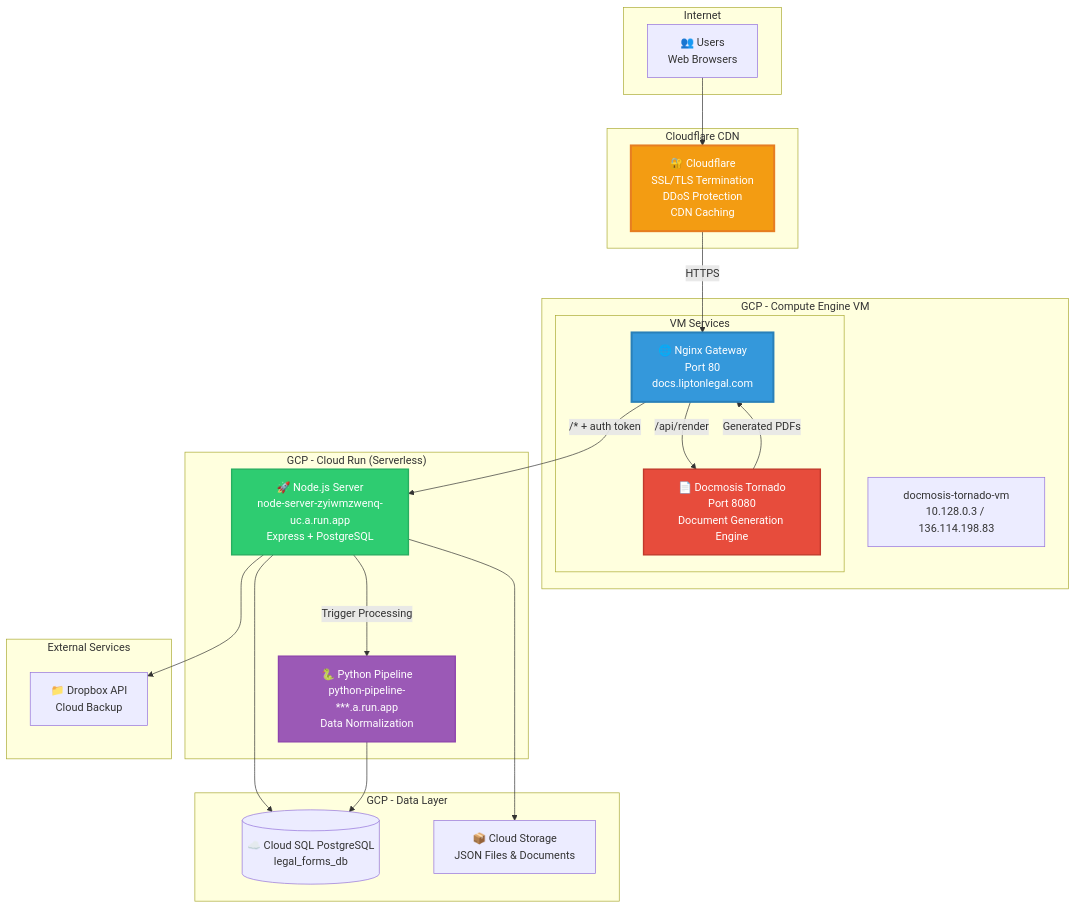
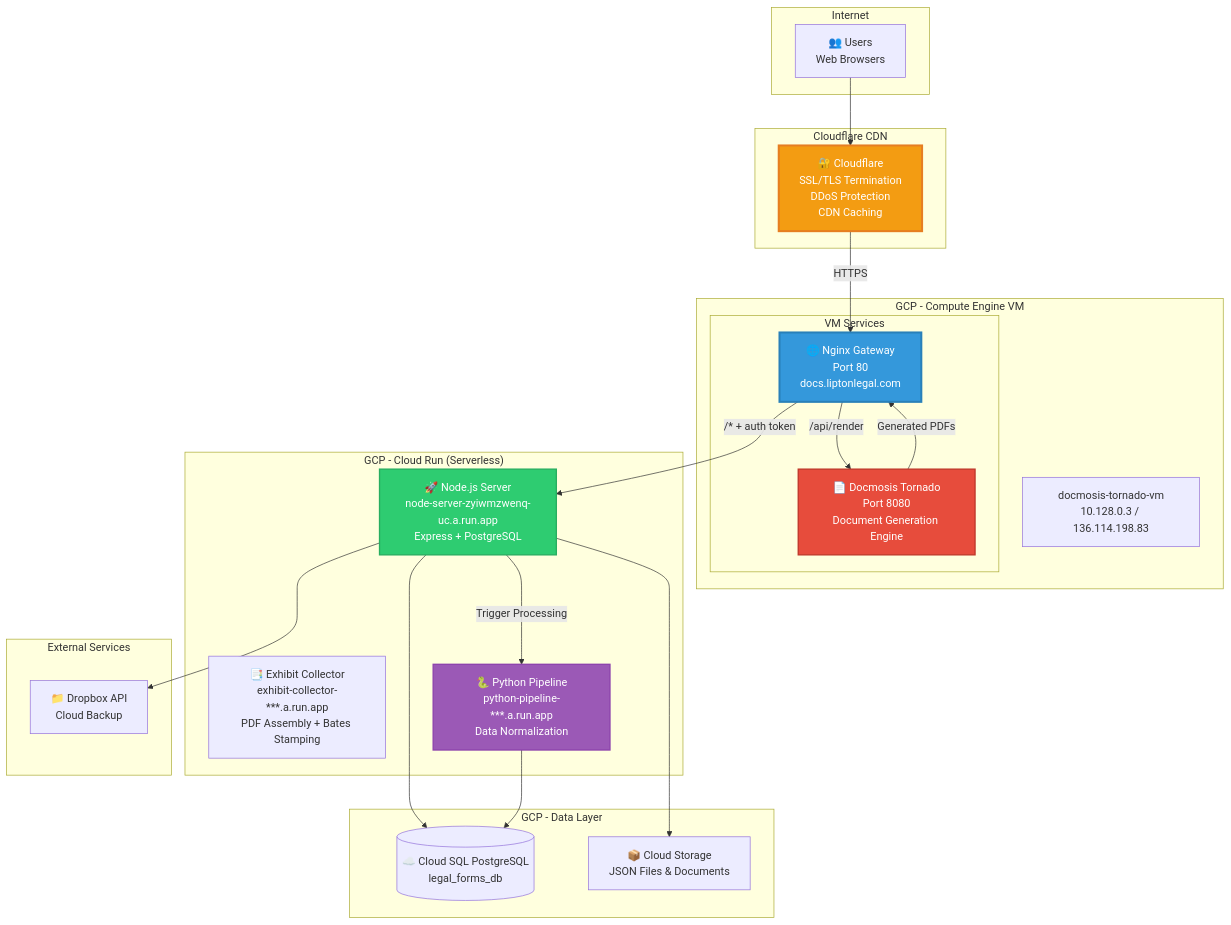
One commit to rthaines211/lipton-webserver changed the eighth of 13 diagrams in docs/ARCHITECTURE.md. Above: the diagram before and after it, drawn with Mermaid. The commit also changed other lines of this file and 2 other files, not shown here.

First line of the commit message:
docs: update exhibit collector docs for performance optimization

````diff
--- a/docs/ARCHITECTURE.md
+++ b/docs/ARCHITECTURE.md
@@ -772,54 +861,55 @@
 ```mermaid
 graph TB
     subgraph "Internet"
         Users[👥 Users<br/>Web Browsers]
     end
 
     subgraph "Cloudflare CDN"
         CF[🔐 Cloudflare<br/>SSL/TLS Termination<br/>DDoS Protection<br/>CDN Caching]
     end
 
     subgraph "GCP - Compute Engine VM"
         VM[docmosis-tornado-vm<br/>10.128.0.3 / 136.114.198.83]
 
         subgraph "VM Services"
             Nginx[🌐 Nginx Gateway<br/>Port 80<br/>docs.liptonlegal.com]
             Docmosis[📄 Docmosis Tornado<br/>Port 8080<br/>Document Generation Engine]
         end
     end
 
     subgraph "GCP - Cloud Run (Serverless)"
         NodeServer[🚀 Node.js Server<br/>node-server-zyiwmzwenq-uc.a.run.app<br/>Express + PostgreSQL]
+        ExhibitCollector[📑 Exhibit Collector<br/>exhibit-collector-***.a.run.app<br/>PDF Assembly + Bates Stamping]
         PythonPipeline[🐍 Python Pipeline<br/>python-pipeline-***.a.run.app<br/>Data Normalization]
     end
 
     subgraph "GCP - Data Layer"
         CloudSQL[(☁️ Cloud SQL PostgreSQL<br/>legal_forms_db)]
         CloudStorage[📦 Cloud Storage<br/>JSON Files & Documents]
     end
 
     subgraph "External Services"
         DropboxCloud[📁 Dropbox API<br/>Cloud Backup]
     end
 
     Users --> CF
     CF -->|HTTPS| Nginx
 
     Nginx -->|/api/render| Docmosis
     Nginx -->|/* + auth token| NodeServer
 
     Docmosis -->|Generated PDFs| Nginx
 
     NodeServer --> CloudSQL
     NodeServer --> CloudStorage
     NodeServer --> DropboxCloud
     NodeServer -->|Trigger Processing| PythonPipeline
 
     PythonPipeline --> CloudSQL
 
     style Nginx fill:#3498db,stroke:#2980b9,stroke-width:3px,color:#fff
     style CF fill:#f39c12,stroke:#e67e22,stroke-width:3px,color:#fff
     style Docmosis fill:#e74c3c,stroke:#c0392b,stroke-width:2px,color:#fff
     style NodeServer fill:#2ecc71,stroke:#27ae60,stroke-width:2px,color:#fff
     style PythonPipeline fill:#9b59b6,stroke:#8e44ad,stroke-width:2px,color:#fff
 ```
````
